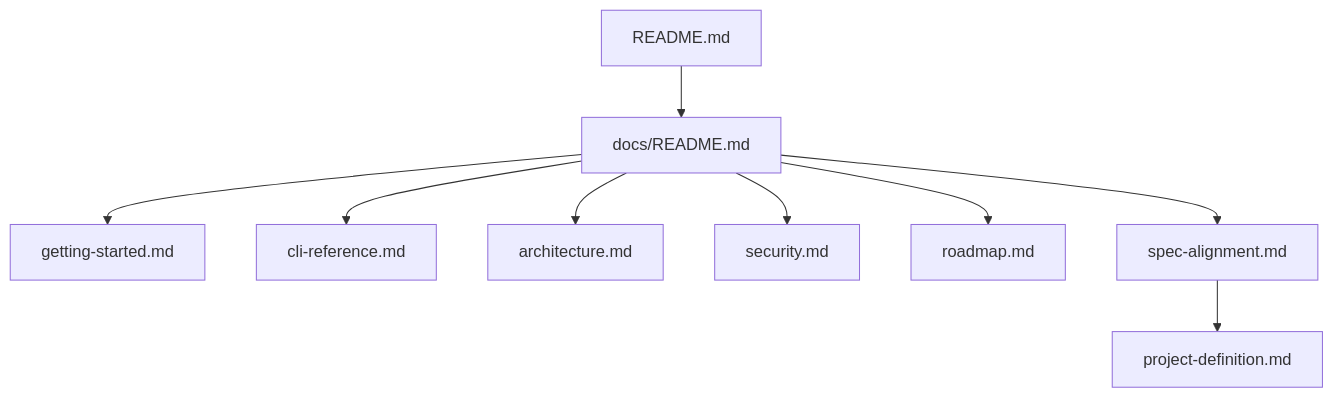
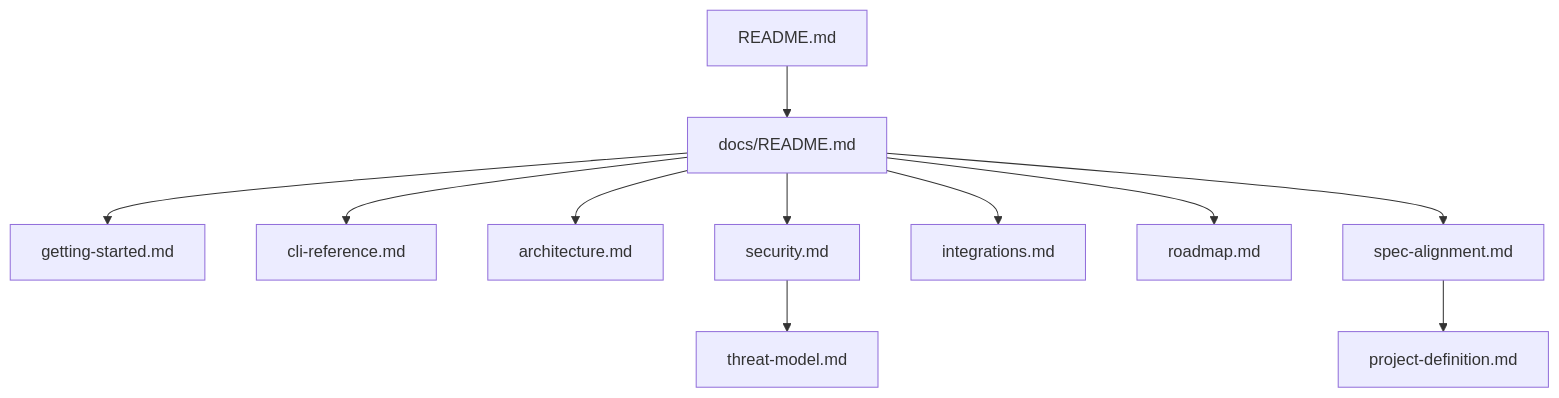
One commit to obsidia-systems/envlt changed the diagram in docs/README.md. Above: the diagram before and after it, drawn with Mermaid. The commit also changed other lines of this file and 23 other files, not shown here.

````diff
--- a/docs/README.md
+++ b/docs/README.md
@@ -35,11 +39,13 @@
 ```mermaid
 flowchart TD
     A[README.md] --> B[docs/README.md]
     B --> C[getting-started.md]
     B --> D[cli-reference.md]
     B --> E[architecture.md]
     B --> F[security.md]
-    B --> G[roadmap.md]
-    B --> H[spec-alignment.md]
-    H --> I[project-definition.md]
+    F --> G[threat-model.md]
+    B --> H[integrations.md]
+    B --> I[roadmap.md]
+    B --> J[spec-alignment.md]
+    J --> K[project-definition.md]
 ```
````
